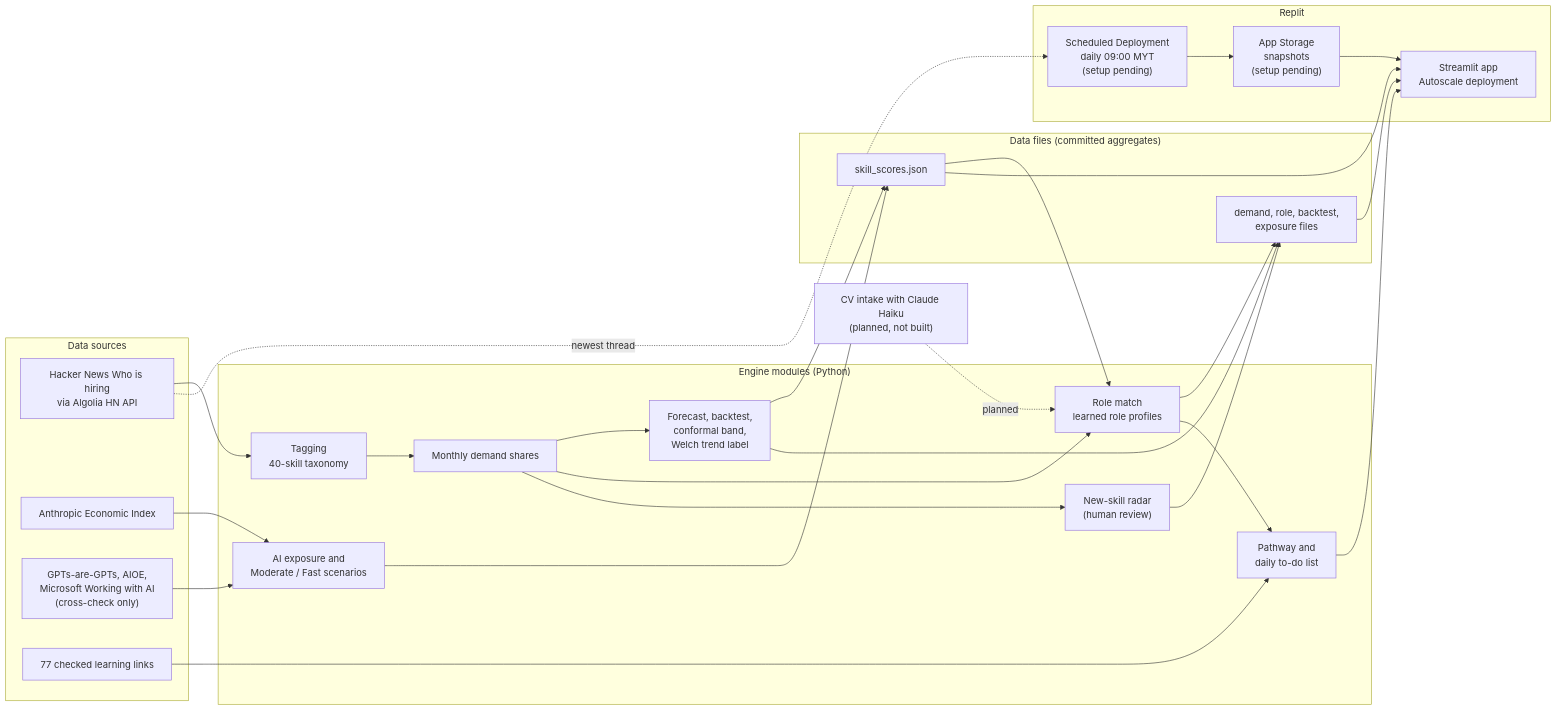
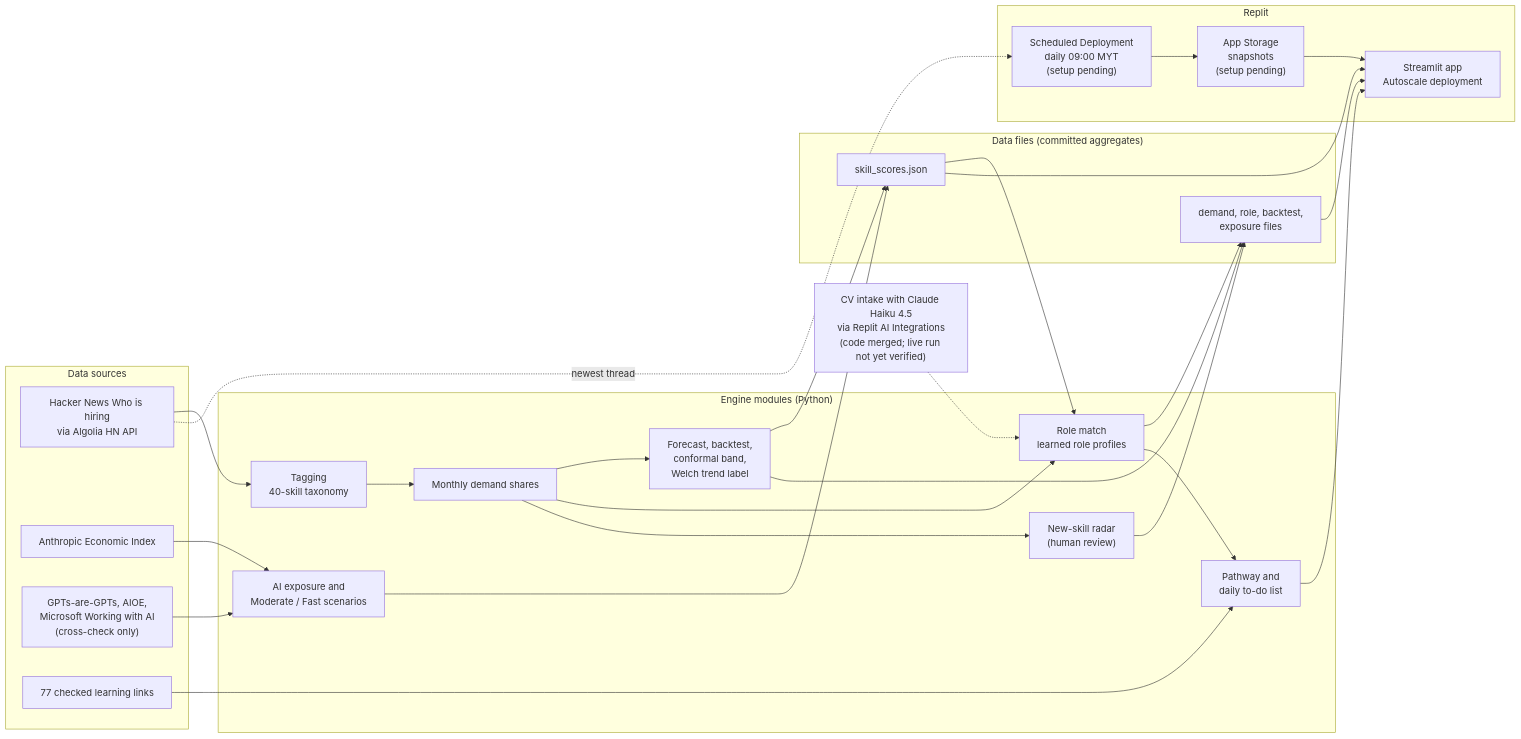
The diagram in docs/submission/preliminary-proposal.md (TayEeZhan/varity), drawn with Mermaid before and after one commit. The commit also changed other lines of this file and 15 other files, not shown here.

First line of the commit message:
feat: route Claude through Replit AI Integrations; declare the CV-intake LLM

````diff
--- a/docs/submission/preliminary-proposal.md
+++ b/docs/submission/preliminary-proposal.md
@@ -71,42 +71,42 @@
 ```mermaid
 flowchart LR
   subgraph SRC["Data sources"]
     HN["Hacker News Who is hiring<br/>via Algolia HN API"]
     AEI["Anthropic Economic Index"]
     XCHK["GPTs-are-GPTs, AIOE,<br/>Microsoft Working with AI<br/>(cross-check only)"]
     RES["77 checked learning links"]
   end
   subgraph ENG["Engine modules (Python)"]
     TAG["Tagging<br/>40-skill taxonomy"]
     DEM["Monthly demand shares"]
     FC["Forecast, backtest,<br/>conformal band,<br/>Welch trend label"]
     EXP["AI exposure and<br/>Moderate / Fast scenarios"]
     ROLE["Role match<br/>learned role profiles"]
     PATH["Pathway and<br/>daily to-do list"]
     DISC["New-skill radar<br/>(human review)"]
   end
   subgraph FILES["Data files (committed aggregates)"]
     SCORES["skill_scores.json"]
     OTHER["demand, role, backtest,<br/>exposure files"]
   end
   subgraph REPLIT["Replit"]
     APP["Streamlit app<br/>Autoscale deployment"]
     STORE["App Storage<br/>snapshots<br/>(setup pending)"]
     JOB["Scheduled Deployment<br/>daily 09:00 MYT<br/>(setup pending)"]
   end
   HN --> TAG --> DEM --> FC --> SCORES
   AEI --> EXP --> SCORES
   XCHK --> EXP
   DEM --> ROLE --> OTHER
   FC --> OTHER
   DEM --> DISC --> OTHER
   RES --> PATH
   SCORES --> ROLE --> PATH
   SCORES --> APP
   OTHER --> APP
   PATH --> APP
   JOB --> STORE
   HN -. "newest thread" .-> JOB
   STORE --> APP
-  CV["CV intake with Claude Haiku<br/>(planned, not built)"] -. planned .-> ROLE
+  CV["CV intake with Claude Haiku 4.5<br/>via Replit AI Integrations<br/>(code merged; live run not yet verified)"] -.-> ROLE
 ```
````
